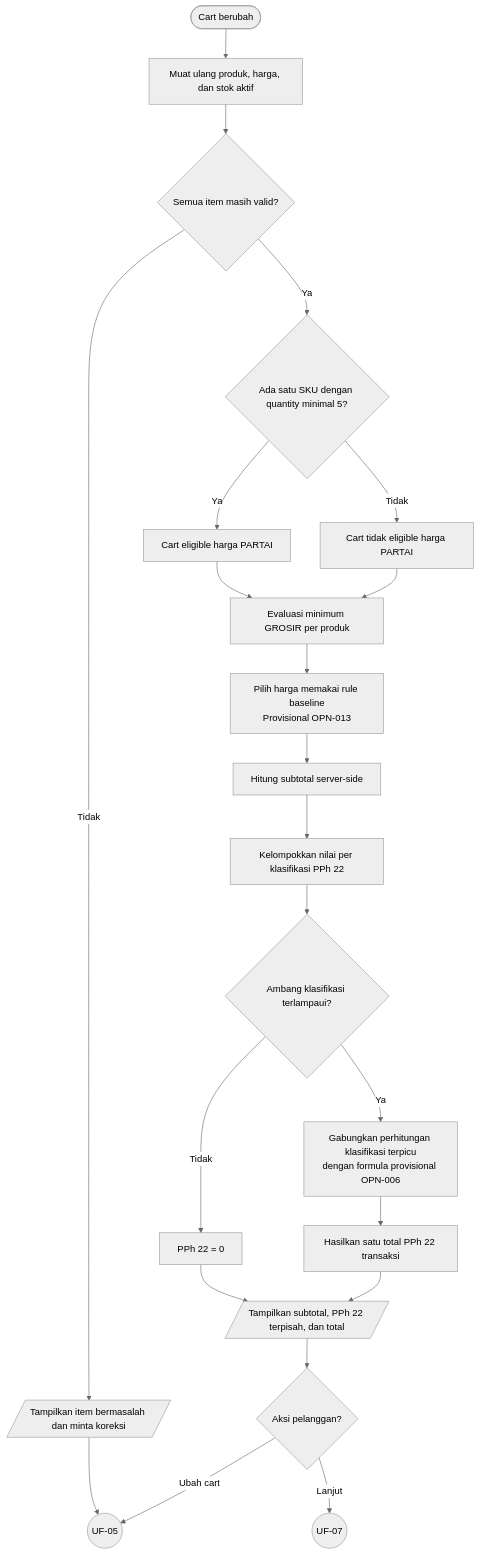
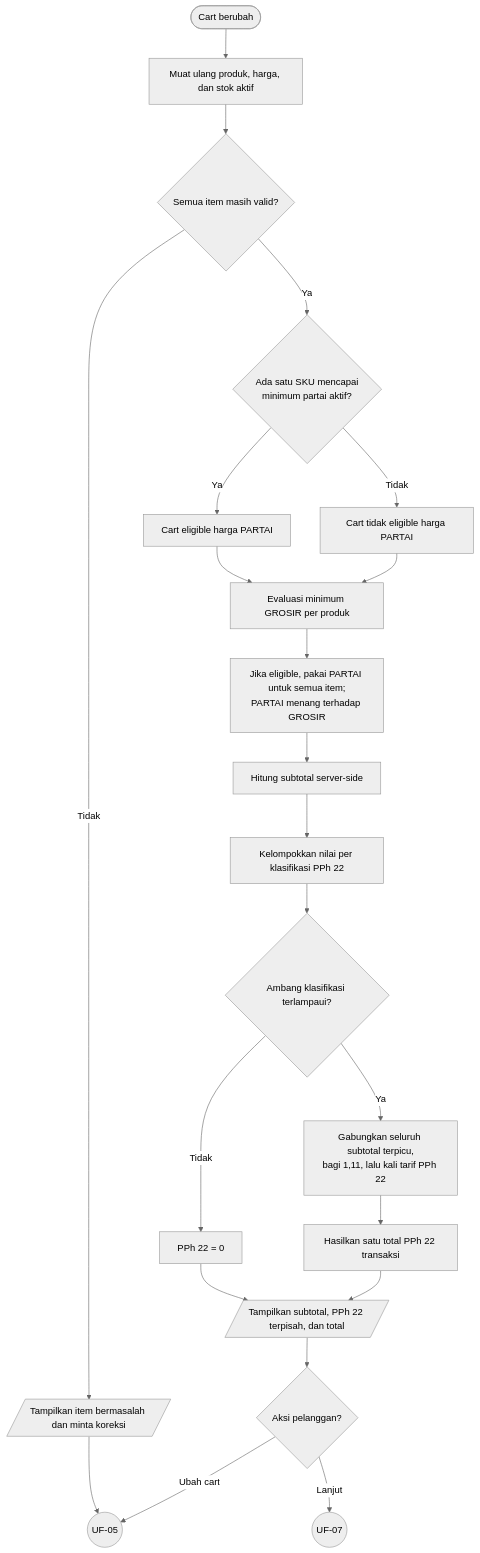
One commit to Webekspres/pixel-komunika changed the sixth of 19 diagrams in docs/design/USER_FLOWS.md. Above: the diagram before and after it, drawn with Mermaid (neutral theme). The commit also changed other lines of this file and 9 other files, not shown here.

````diff
--- a/docs/design/USER_FLOWS.md
+++ b/docs/design/USER_FLOWS.md
@@ -204,27 +208,27 @@
 ```mermaid
 flowchart TD
     A(["Cart berubah"]) --> B["Muat ulang produk, harga, dan stok aktif"]
     B --> C{"Semua item masih valid?"}
     C -->|Tidak| D[/"Tampilkan item bermasalah dan minta koreksi"/]
     D --> C_UF05((UF-05))
-    C -->|Ya| E{"Ada satu SKU dengan quantity minimal 5?"}
+    C -->|Ya| E{"Ada satu SKU mencapai<br/>minimum partai aktif?"}
     E -->|Ya| F["Cart eligible harga PARTAI"]
     E -->|Tidak| G["Cart tidak eligible harga PARTAI"]
     F --> H["Evaluasi minimum GROSIR per produk"]
     G --> H
-    H --> I["Pilih harga memakai rule baseline<br/>Provisional OPN-013"]
+    H --> I["Jika eligible, pakai PARTAI untuk semua item;<br/>PARTAI menang terhadap GROSIR"]
     I --> J["Hitung subtotal server-side"]
     J --> K["Kelompokkan nilai per klasifikasi PPh 22"]
     K --> L{"Ambang klasifikasi terlampaui?"}
     L -->|Tidak| M["PPh 22 = 0"]
-    L -->|Ya| N["Gabungkan perhitungan klasifikasi terpicu<br/>dengan formula provisional OPN-006"]
+    L -->|Ya| N["Gabungkan seluruh subtotal terpicu,<br/>bagi 1,11, lalu kali tarif PPh 22"]
     N --> N1["Hasilkan satu total PPh 22 transaksi"]
     M --> O[/"Tampilkan subtotal, PPh 22 terpisah, dan total"/]
     N1 --> O
     O --> P{"Aksi pelanggan?"}
     P -->|Ubah cart| C_UF05
     P -->|Lanjut| C_UF07((UF-07))
 
     click C_UF05 "#uf-05-detail-produk-dan-cart"
     click C_UF07 "#uf-07-alamat-dan-pengiriman"
 ```
````
